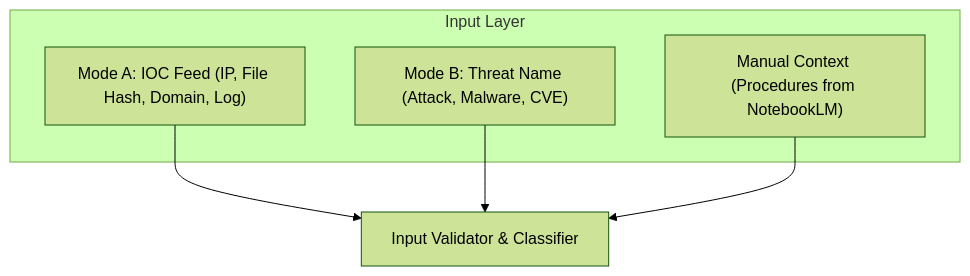
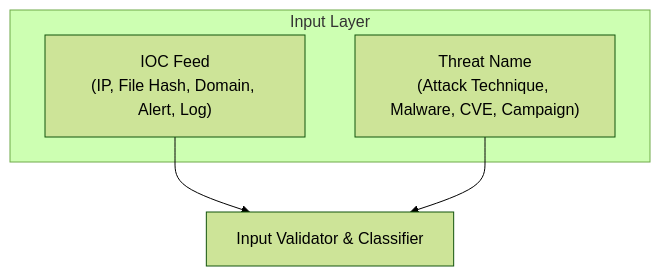
The second of 8 diagrams in architecture.md (Chaithawatcer/omnissiah-playbook-workflow), drawn with Mermaid (forest theme) before and after one commit. The commit also changed other lines of this file, not shown here.

Commit message:
Upgrade to Fully Automated Architecture with RAG, Vector DB, Deduplication, and Auto-save

````diff
--- a/architecture.md
+++ b/architecture.md
@@ -33,11 +36,9 @@
 ```mermaid
 graph TD
     subgraph InputLayer ["Input Layer"]
-        modeA["Mode A: IOC Feed (IP, File Hash, Domain, Log)"] 
-        modeB["Mode B: Threat Name (Attack, Malware, CVE)"]
-        context["Manual Context (Procedures from NotebookLM)"]
+        ioc["IOC Feed\n(IP, File Hash, Domain, Alert, Log)"]
+        threat["Threat Name\n(Attack Technique, Malware, CVE, Campaign)"]
     end
-    modeA --> val["Input Validator & Classifier"]
-    modeB --> val
-    context --> val
+    ioc --> val["Input Validator & Classifier"]
+    threat --> val
 ```
````
